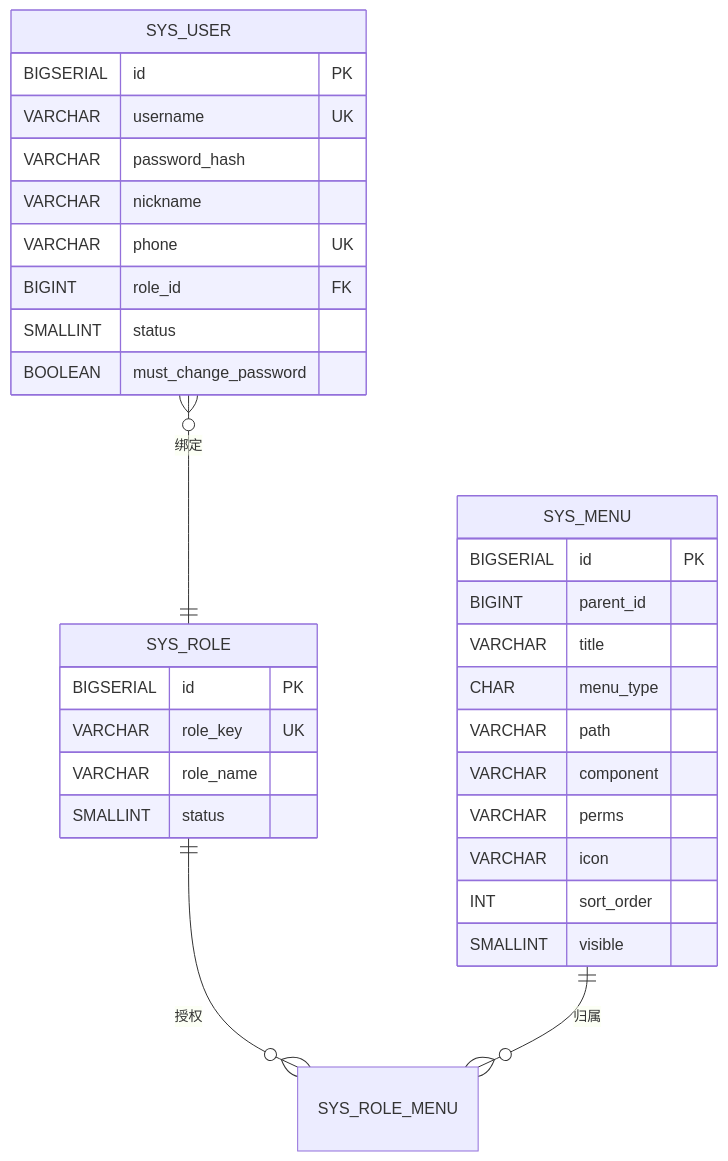
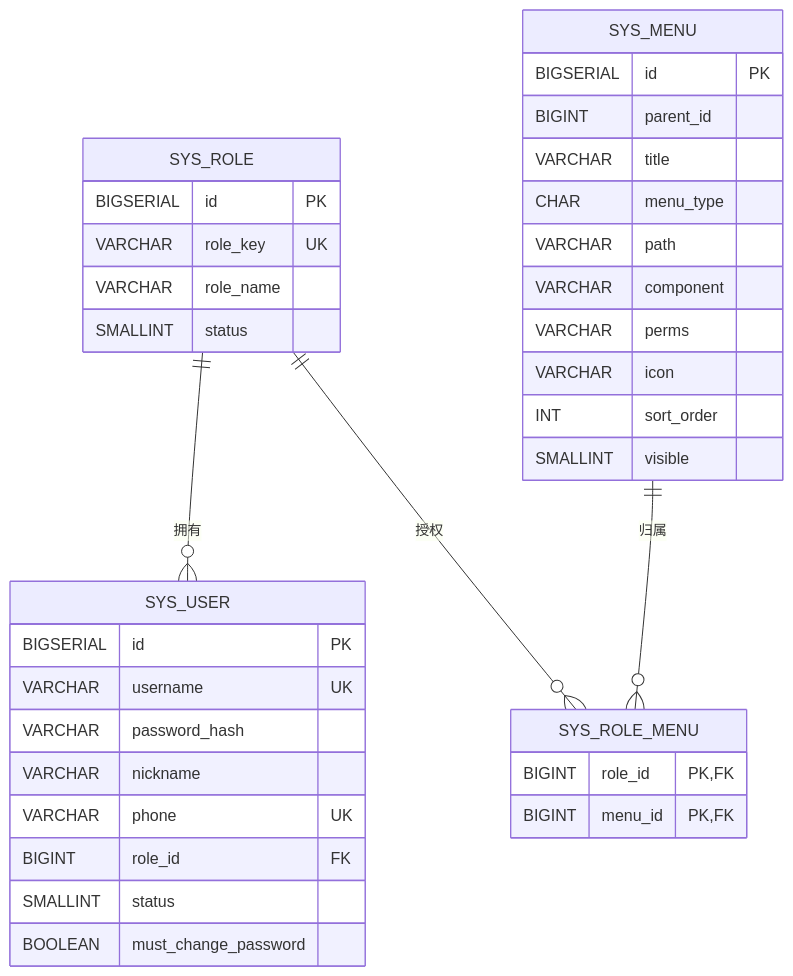
Before and after one commit to qsf0414/digital-employee-java: the fourth of 4 diagrams in docs/RBAC架构.md, drawn with Mermaid. The commit also changed other lines of this file and 1 other file, not shown here.

````diff
--- a/docs/RBAC架构.md
+++ b/docs/RBAC架构.md
@@ -865,37 +884,42 @@
 ```mermaid
 erDiagram
-    SYS_USER }o--|| SYS_ROLE : "绑定"
+    SYS_ROLE ||--o{ SYS_USER : "拥有"
     SYS_ROLE ||--o{ SYS_ROLE_MENU : "授权"
     SYS_MENU ||--o{ SYS_ROLE_MENU : "归属"
+
+    SYS_ROLE {
+        BIGSERIAL id PK
+        VARCHAR role_key UK
+        VARCHAR role_name
+        SMALLINT status
+    }
 
     SYS_USER {
         BIGSERIAL id PK
         VARCHAR username UK
         VARCHAR password_hash
         VARCHAR nickname
         VARCHAR phone UK
         BIGINT role_id FK
         SMALLINT status
         BOOLEAN must_change_password
-    }
-
-    SYS_ROLE {
-        BIGSERIAL id PK
-        VARCHAR role_key UK
-        VARCHAR role_name
-        SMALLINT status
     }
 
     SYS_MENU {
         BIGSERIAL id PK
         BIGINT parent_id
         VARCHAR title
         CHAR menu_type
         VARCHAR path
         VARCHAR component
         VARCHAR perms
         VARCHAR icon
         INT sort_order
         SMALLINT visible
     }
+
+    SYS_ROLE_MENU {
+        BIGINT role_id PK, FK
+        BIGINT menu_id PK, FK
+    }
 ```
````
